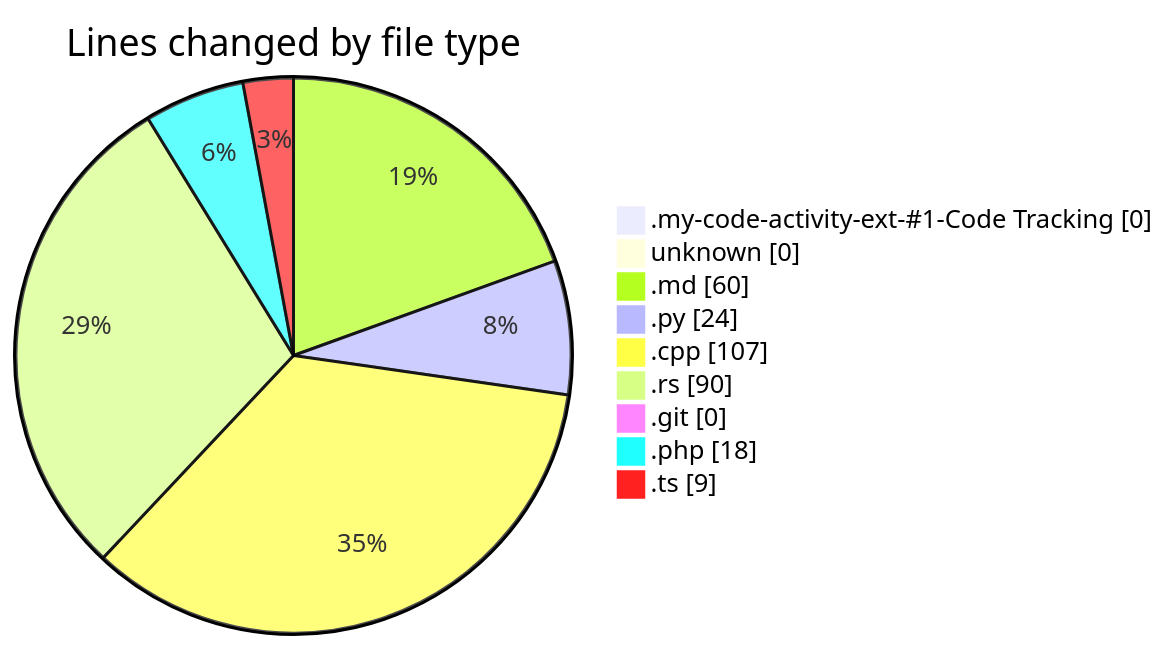
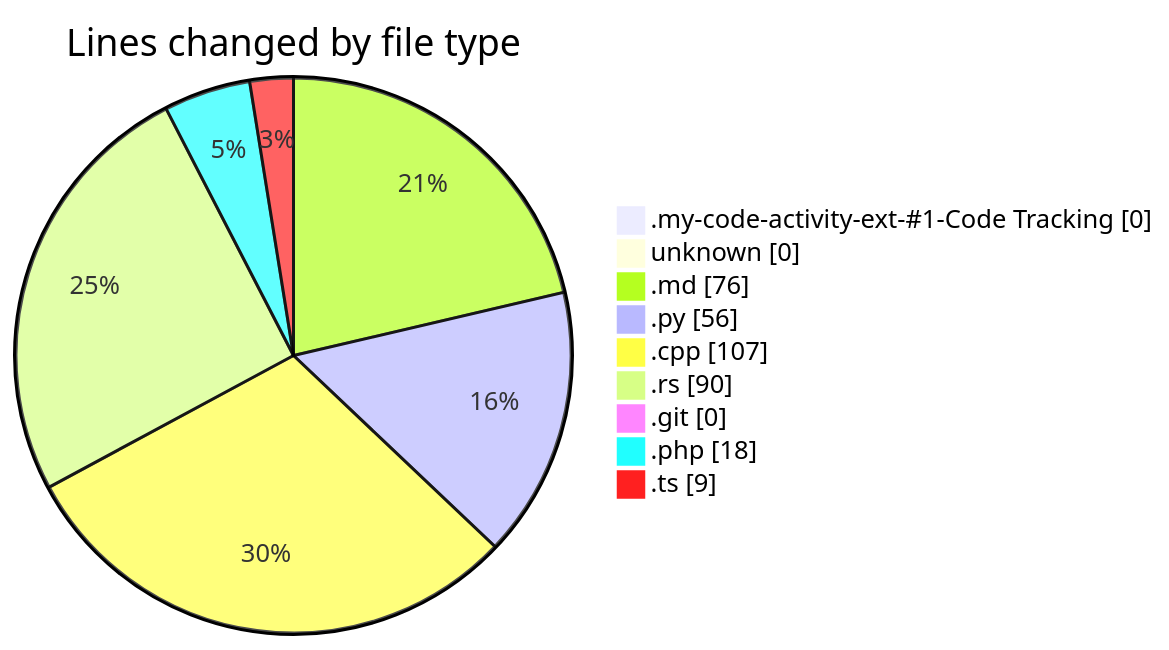
One commit to ernivani/code-tracking changed the first of 2 diagrams in repositories/2024-12-26/leetcode-solutions/README.md. Above: the diagram before and after it, drawn with Mermaid. The commit also changed other lines of this file and 2 other files, not shown here.

````diff
--- a/repositories/2024-12-26/leetcode-solutions/README.md
+++ b/repositories/2024-12-26/leetcode-solutions/README.md
@@ -35,13 +36,13 @@
 ```mermaid
 pie showData
 title Lines changed by file type
 ".my-code-activity-ext-#1-Code Tracking" : 0
 "unknown" : 0
-".md" : 60
-".py" : 24
+".md" : 76
+".py" : 56
 ".cpp" : 107
 ".rs" : 90
 ".git" : 0
 ".php" : 18
 ".ts" : 9
 ```
````
